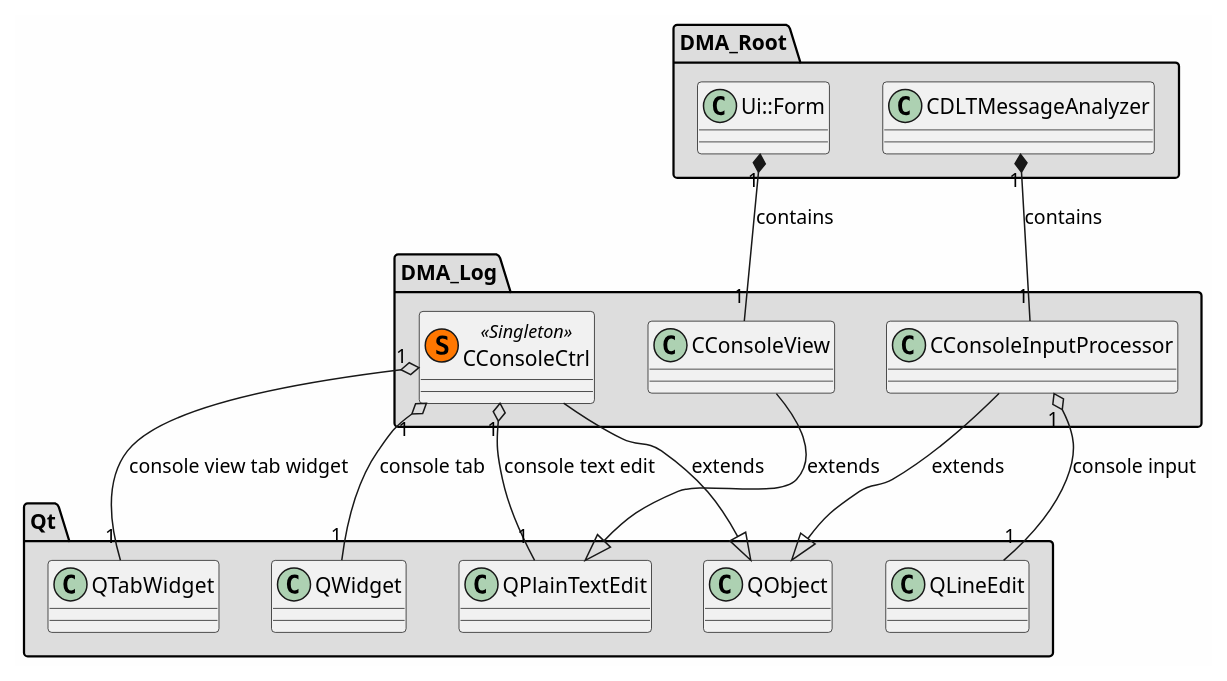
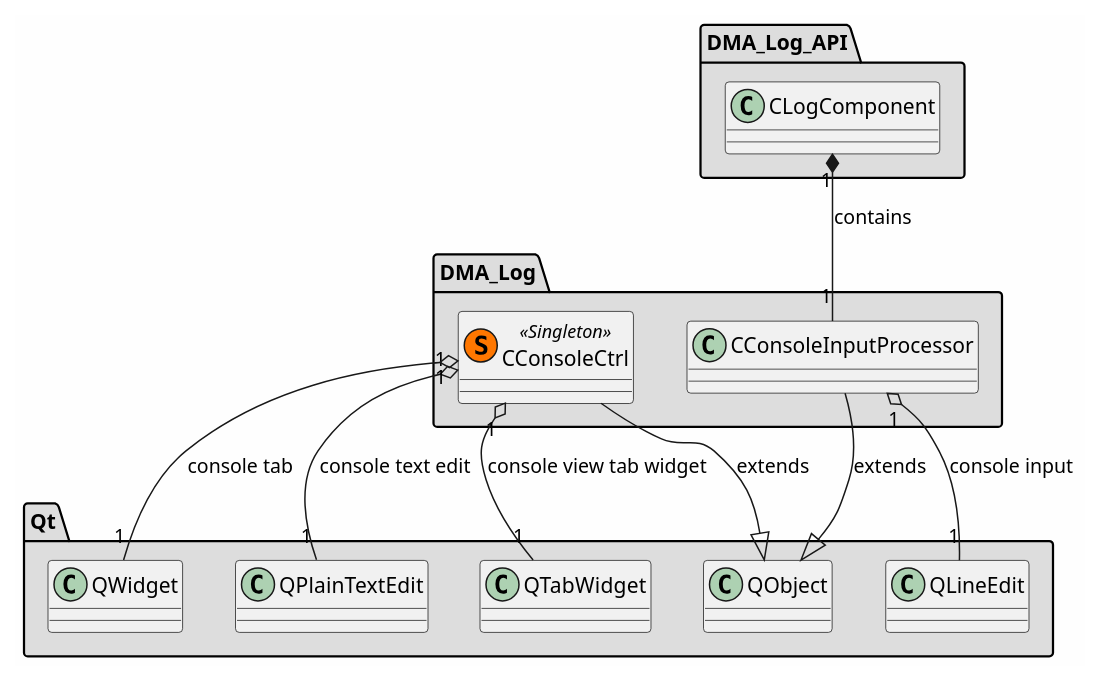
The diagram in md/dev_docs/puml/DMA_Log.puml (svlad-90/DLT-Message-Analyzer), drawn with PlantUML before and after one commit. The commit also changed 57 other files, not shown here.

First line of the commit message:
[ISSUE #111][COMPONENTS] Introduce components architecture in the project

```diff
--- a/md/dev_docs/puml/DMA_Log.puml
+++ b/md/dev_docs/puml/DMA_Log.puml
@@ -2,73 +2,63 @@
 @startuml
 
 skinparam backgroundColor #FEFEFE
 skinparam wrapWidth 600
 package "DMA_Log" #DDDDDD
 {
 
 class "CConsoleCtrl"<< (S,#FF7700) Singleton >>
 {
 }
 
 class "CConsoleInputProcessor"
 {
 }
 
-class "CConsoleView"
-{
 }
 
-}
-
-package "DMA_Root" #DDDDDD
+package "DMA_Log_API" #DDDDDD
 {
 
-class "CDLTMessageAnalyzer"
-{
-}
-
-class "Ui::Form"
+class "CLogComponent"
 {
 }
 
 }
 
 package "Qt" #DDDDDD
 {
 
 class "QLineEdit"
 {
 }
 
 class "QObject"
 {
 }
 
 class "QPlainTextEdit"
 {
 }
 
 class "QTabWidget"
 {
 }
 
 class "QWidget"
 {
 }
 
 }
 
 '====================Inheritance section====================
 QObject <|-- CConsoleCtrl : extends
 QObject <|-- CConsoleInputProcessor : extends
-QPlainTextEdit <|-- CConsoleView : extends
 
 '====================Dependencies section====================
 CConsoleCtrl "1" o-- "1" QPlainTextEdit : console text edit
 CConsoleCtrl "1" o-- "1" QTabWidget : console view tab widget
 CConsoleCtrl "1" o-- "1" QWidget : console tab
 CConsoleInputProcessor "1" o-- "1" QLineEdit : console input
-CDLTMessageAnalyzer "1" *-- "1" CConsoleInputProcessor : contains
-Ui::Form "1" *-- "1" CConsoleView : contains
+CLogComponent "1" *-- "1" CConsoleInputProcessor : contains
 
 @enduml
```
